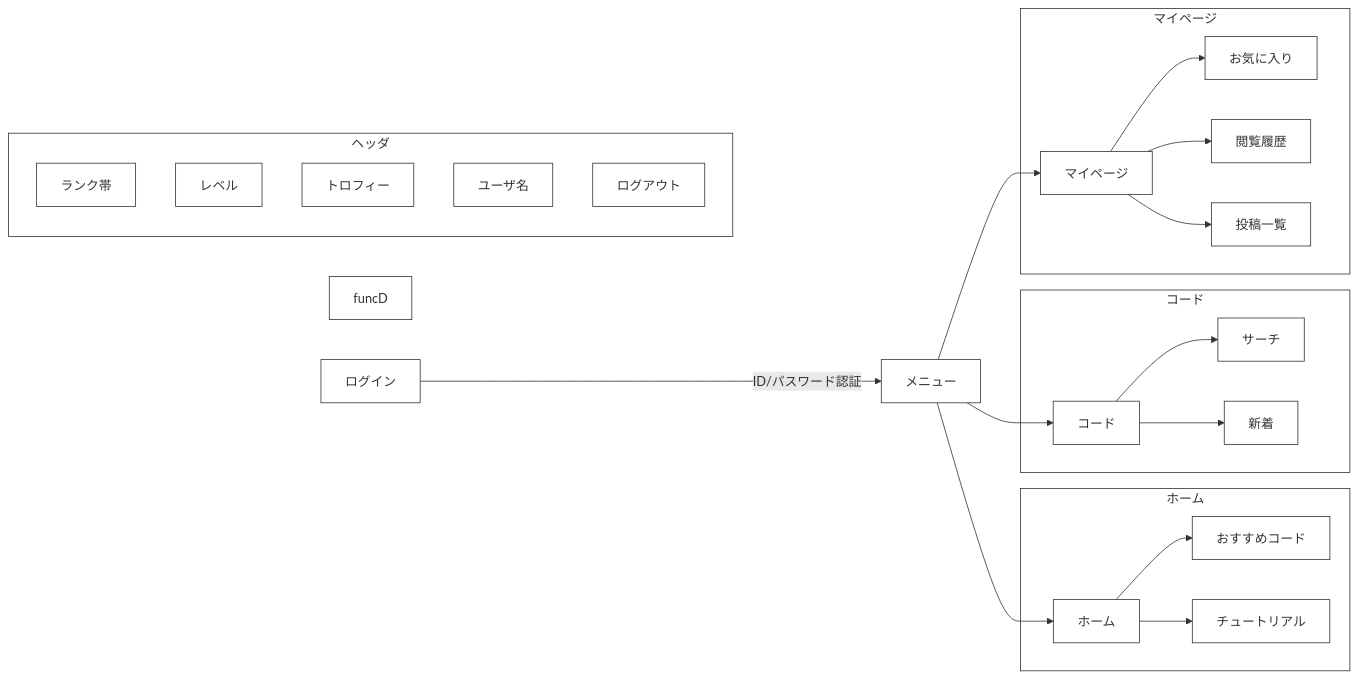
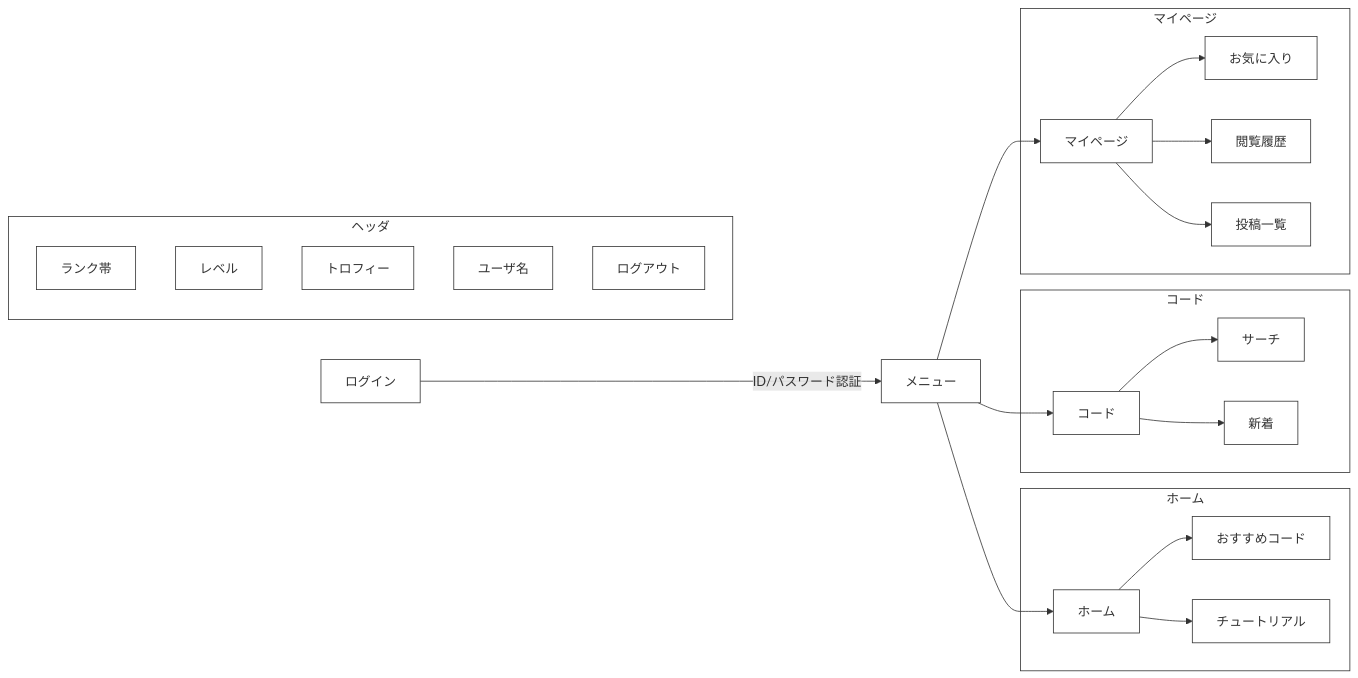
One commit to KimuraRyunosuke/CodeLeader changed the diagram in Flowchart.md. Above: the diagram before and after it, drawn with Mermaid.

Commit message:
Flowchartを更新した

````diff
--- a/Flowchart.md
+++ b/Flowchart.md
@@ -1,40 +1,39 @@
 ```mermaid
     graph LR
 
   classDef default fill: #fff,stroke: #333,stroke-width: 1px;
   style funcA fill: #fff,stroke: #333,stroke-width: 1px;
   style funcB fill: #fff,stroke: #333,stroke-width: 1px;
   style funcC fill: #fff,stroke: #333,stroke-width: 1px;
-  style funcD fill: #fff,stroke: #333,stroke-width: 1px;
   style header fill: #fff,stroke: #333,stroke-width: 1px;
 
   ログイン--ID/パスワード認証-->メニュー
 
   メニュー-->ホーム
   メニュー-->コード
   メニュー-->マイページ
 
   subgraph funcA [ホーム]
     ホーム-->おすすめコード
     ホーム-->チュートリアル
   end
 
   subgraph funcB [コード]
     コード-->サーチ
     コード-->新着
   end
 
   subgraph funcC [マイページ]
     マイページ-->お気に入り
     マイページ-->閲覧履歴
     マイページ-->投稿一覧
   end
 
   subgraph header [ヘッダ]
     ランク帯
     レベル
     トロフィー
     ユーザ名
     ログアウト
   end
 ```
````
